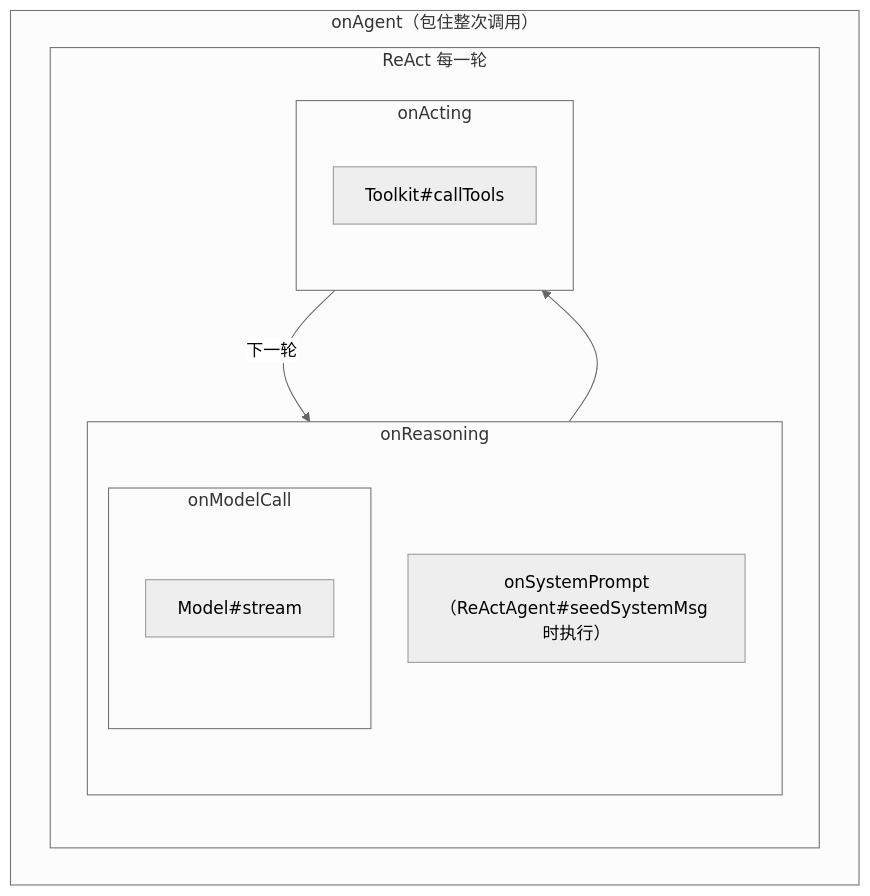
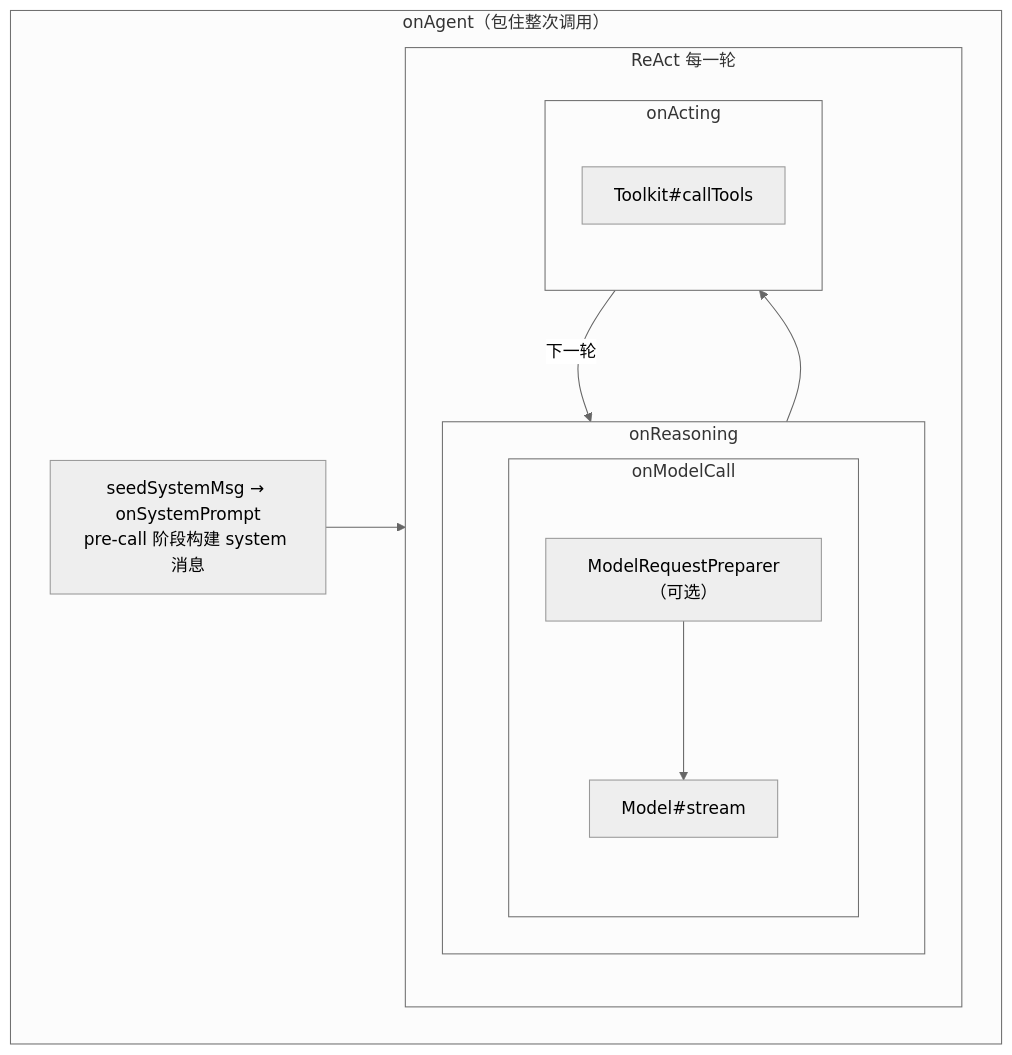
The first of 4 diagrams in 06-Middleware与事件流.md (liulangjietou/AgentScope-source-analysis), drawn with Mermaid (neutral theme) before and after one commit. The commit also changed other lines of this file and 13 other files, not shown here.

Commit message:
docs: align source guide and diagrams with main dcb131a3

````diff
--- a/06-Middleware与事件流.md
+++ b/06-Middleware与事件流.md
@@ -22,18 +24,19 @@
 ```mermaid
 flowchart TB
     subgraph OA["onAgent（包住整次调用）"]
+        OSP["seedSystemMsg → onSystemPrompt<br/>pre-call 阶段构建 system 消息"]
+        OSP --> ROUND
         subgraph ROUND["ReAct 每一轮"]
             subgraph OR["onReasoning"]
-                OSP["onSystemPrompt<br/>（ReActAgent#seedSystemMsg 时执行）"]
                 subgraph OMC["onModelCall"]
-                    M["Model#stream"]
+                    P["ModelRequestPreparer（可选）"] --> M["Model#stream"]
                 end
             end
             subgraph OACT["onActing"]
                 T["Toolkit#callTools"]
             end
             OR --> OACT
             OACT -->|"下一轮"| OR
         end
     end
 ```
````
